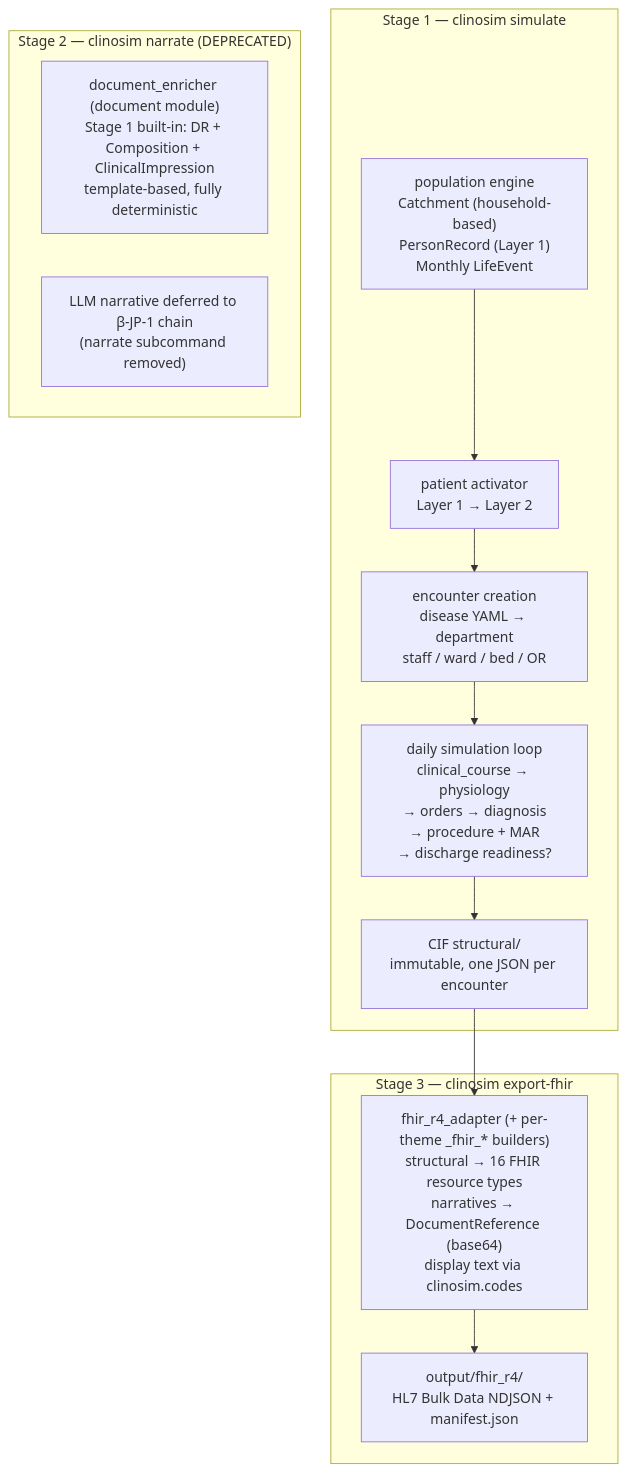
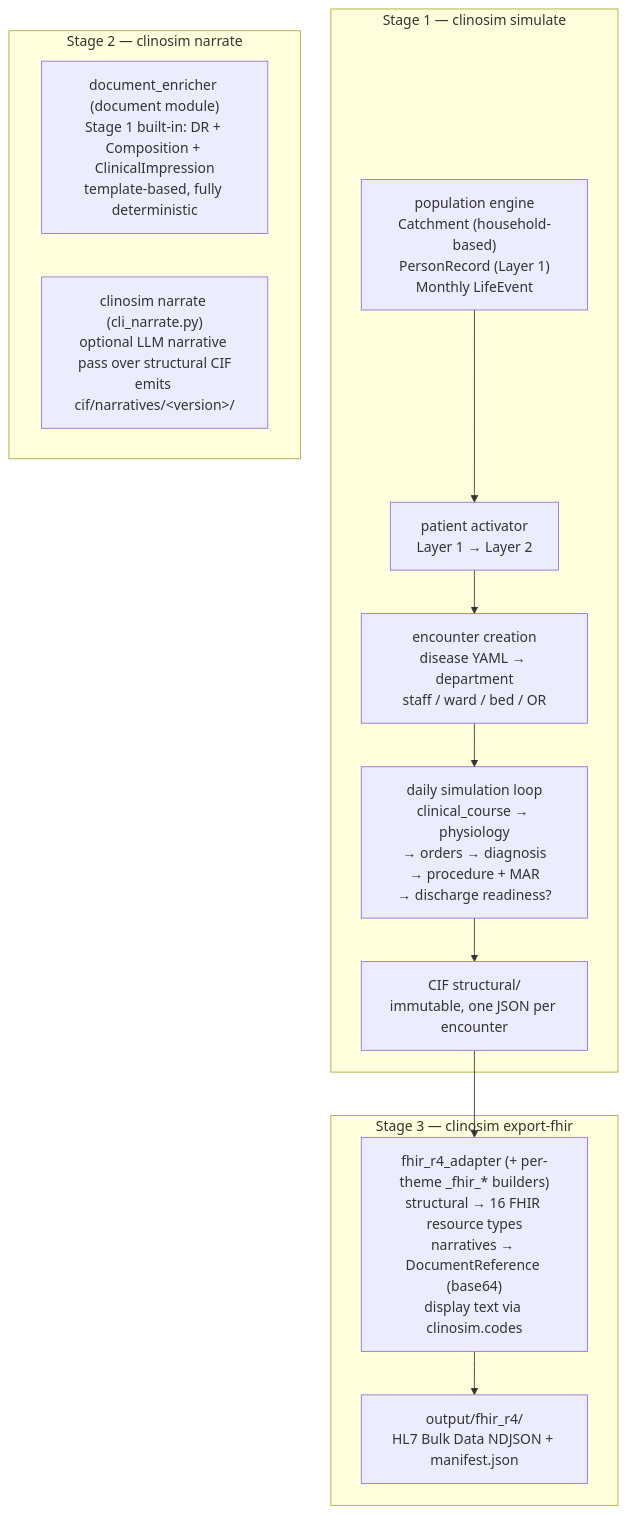
The diagram in docs/architecture/data-flow.md (TomoOkuyama/clinosim), drawn with Mermaid before and after one commit. The commit also changed other lines of this file and 5 other files, not shown here.

First line of the commit message:
docs(architecture): refresh 3 short files + JA mirrors for 4 short files

````diff
--- a/docs/architecture/data-flow.md
+++ b/docs/architecture/data-flow.md
@@ -7,24 +7,24 @@
 ```mermaid
 flowchart TD
     subgraph stage1["Stage 1 — clinosim simulate"]
         pop["population engine<br/>Catchment (household-based)<br/>PersonRecord (Layer 1)<br/>Monthly LifeEvent"]
         act["patient activator<br/>Layer 1 → Layer 2"]
         enc["encounter creation<br/>disease YAML → department<br/>staff / ward / bed / OR"]
         loop["daily simulation loop<br/>clinical_course → physiology<br/>→ orders → diagnosis<br/>→ procedure + MAR<br/>→ discharge readiness?"]
         cif_s["CIF structural/<br/>immutable, one JSON per encounter"]
         pop --> act --> enc --> loop --> cif_s
     end
 
-    subgraph stage2["Stage 2 — clinosim narrate (DEPRECATED)"]
+    subgraph stage2["Stage 2 — clinosim narrate"]
         gen2["document_enricher (document module)<br/>Stage 1 built-in: DR + Composition + ClinicalImpression<br/>template-based, fully deterministic"]
-        llm2["LLM narrative deferred to β-JP-1 chain<br/>(narrate subcommand removed)"]
+        llm2["clinosim narrate (cli_narrate.py)<br/>optional LLM narrative pass over structural CIF<br/>emits cif/narratives/&lt;version&gt;/"]
     end
 
     subgraph stage3["Stage 3 — clinosim export-fhir"]
         adapter["fhir_r4_adapter (+ per-theme _fhir_* builders)<br/>structural → 16 FHIR resource types<br/>narratives → DocumentReference (base64)<br/>display text via clinosim.codes"]
         fhir["output/fhir_r4/<br/>HL7 Bulk Data NDJSON + manifest.json"]
         adapter --> fhir
     end
 
     cif_s --> adapter
 ```
````
